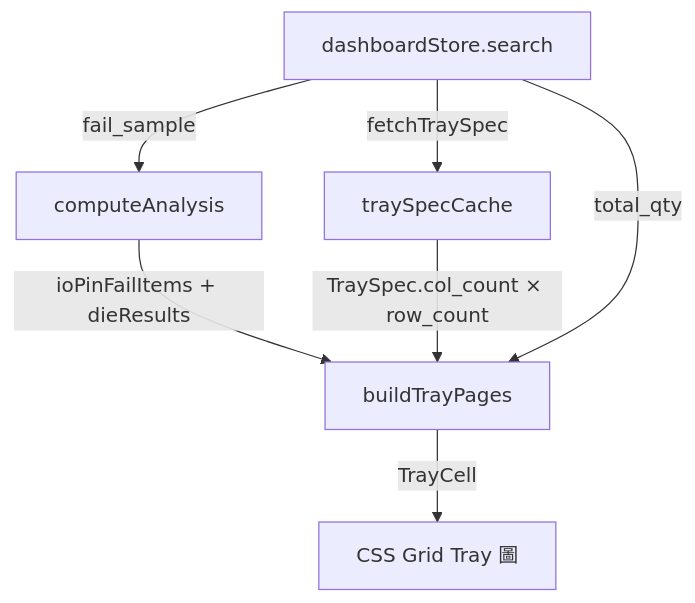
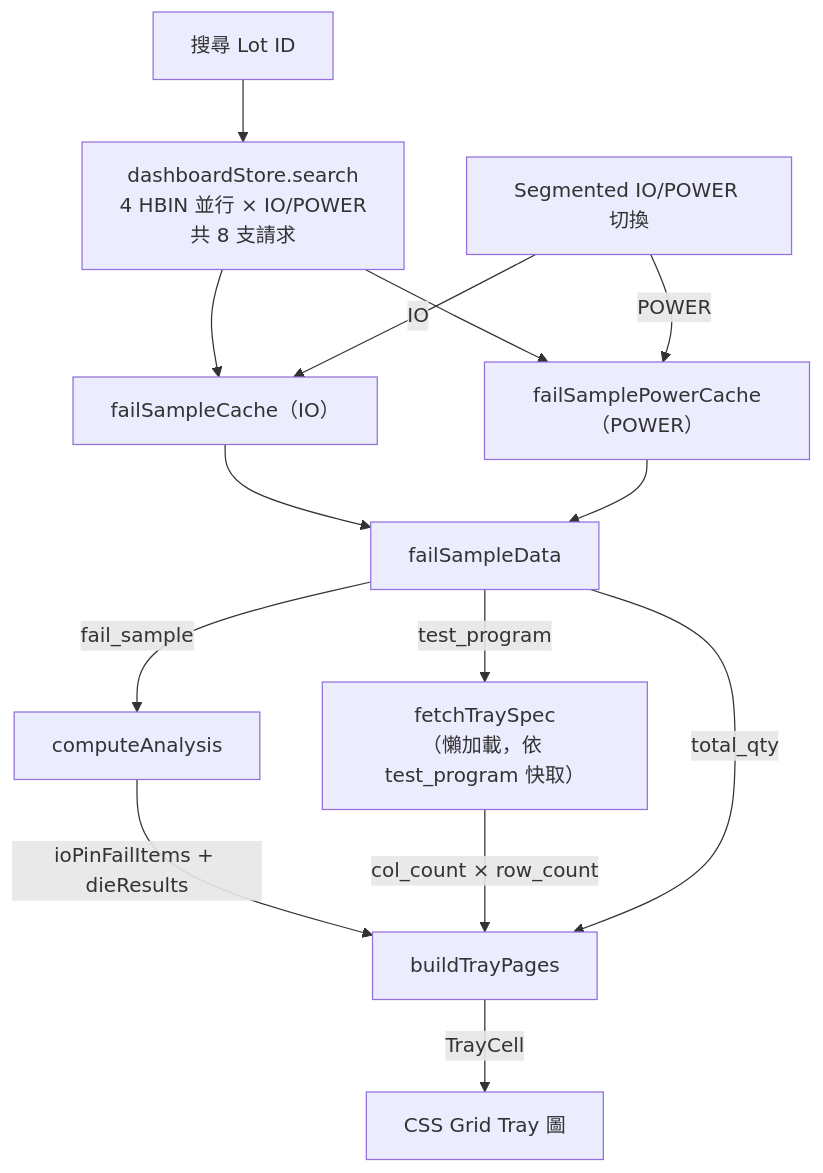
The second of 3 diagrams in docs/records/20260630_W27.md (fiveflower0130/act_data_analysis_website), drawn with Mermaid before and after one commit. The commit also changed other lines of this file and 2 other files, not shown here.

Commit message:
fix(docs): 更新待辦事項清單與報告文件，修正 Fail Sample on Tray 與 Fail Ball 描述不一致的問題

````diff
--- a/docs/records/20260630_W27.md
+++ b/docs/records/20260630_W27.md
@@ -47,9 +62,16 @@
 ```mermaid
 flowchart TD
-    DS[dashboardStore.search] -->|fail_sample| DA[computeAnalysis]
-    DA -->|ioPinFailItems + dieResults| BTP[buildTrayPages]
-    DS -->|fetchTraySpec| TSC[traySpecCache]
-    TSC -->|TraySpec.col_count × row_count| BTP
-    DS -->|total_qty| BTP
-    BTP -->|TrayCell| Grid[CSS Grid Tray 圖]
+    S["搜尋 Lot ID"] --> P["dashboardStore.search\n4 HBIN 並行 × IO/POWER\n共 8 支請求"]
+    P --> CI["failSampleCache（IO）"]
+    P --> CP["failSamplePowerCache（POWER）"]
+    V["Segmented IO/POWER 切換"] -->|IO| CI
+    V -->|POWER| CP
+    CI --> FD["failSampleData"]
+    CP --> FD
+    FD -->|fail_sample| DA["computeAnalysis"]
+    DA -->|ioPinFailItems + dieResults| BTP["buildTrayPages"]
+    FD -->|test_program| TS["fetchTraySpec\n（懶加載，依 test_program 快取）"]
+    TS -->|col_count × row_count| BTP
+    FD -->|total_qty| BTP
+    BTP -->|TrayCell| Grid["CSS Grid Tray 圖"]
 ```
````
